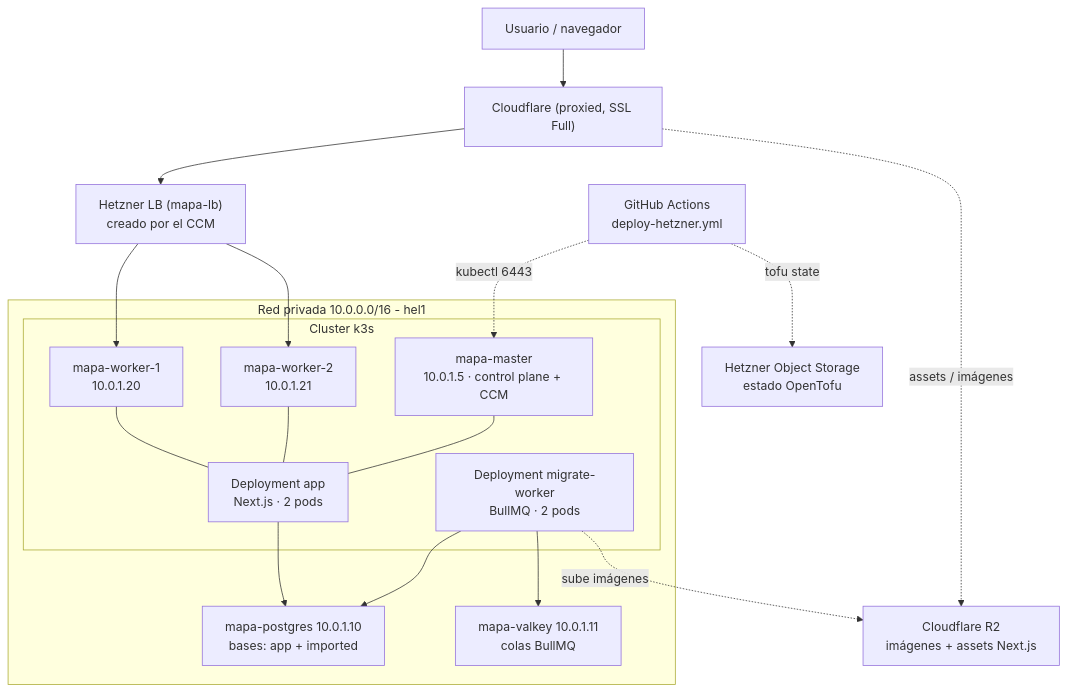
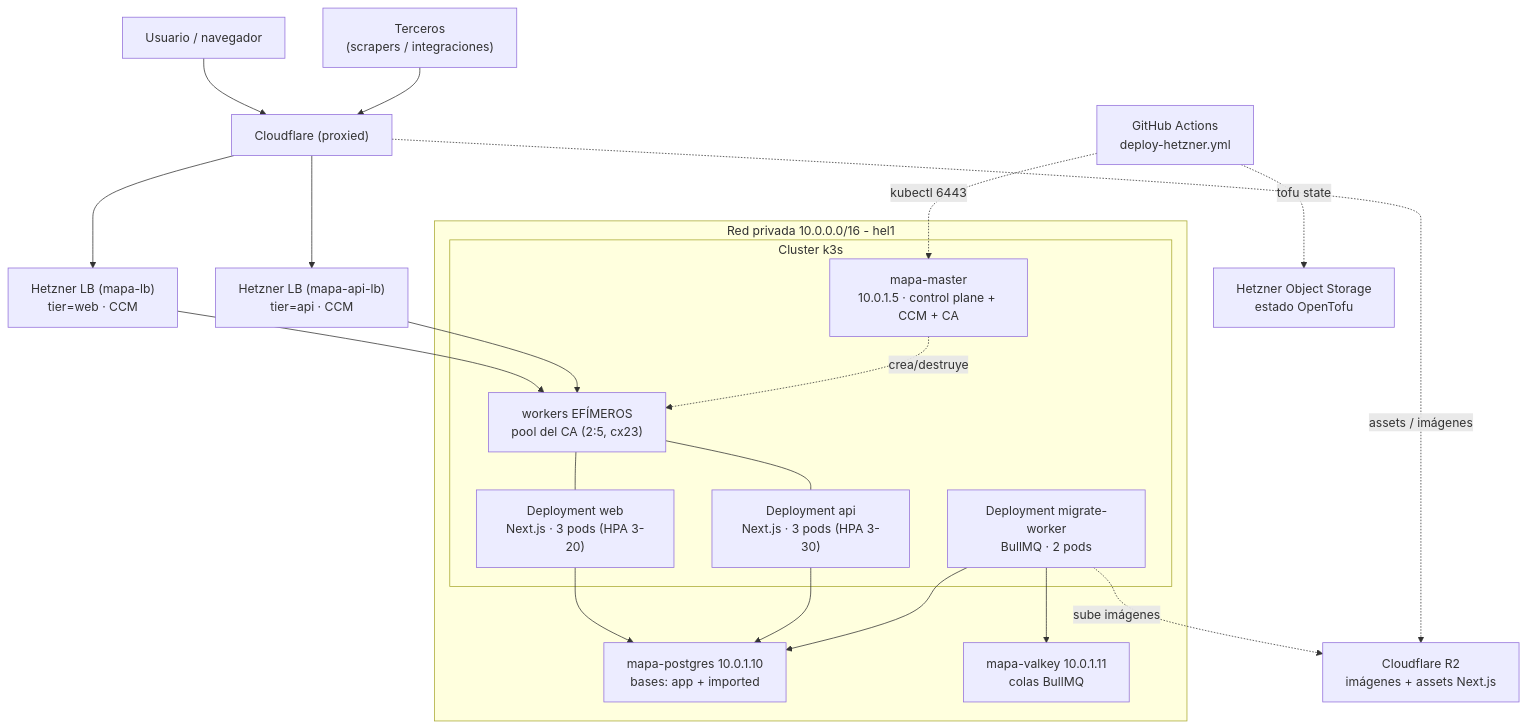
Before and after one commit to GlobalEmergency/mapa-emergencia-rescate: the diagram in docs/architecture/despliegue-kubernetes.md, drawn with Mermaid. The commit also changed other lines of this file and 20 other files, not shown here.

````diff
--- a/docs/architecture/despliegue-kubernetes.md
+++ b/docs/architecture/despliegue-kubernetes.md
@@ -110,38 +141,43 @@
 ```mermaid
 flowchart TB
     user["Usuario / navegador"]
-    cf["Cloudflare (proxied, SSL Full)"]
+    thirdparty["Terceros<br/>(scrapers / integraciones)"]
+    cf["Cloudflare (proxied)"]
     r2["Cloudflare R2<br/>imágenes + assets Next.js"]
-    lb["Hetzner LB (mapa-lb)<br/>creado por el CCM"]
+    lbweb["Hetzner LB (mapa-lb)<br/>tier=web · CCM"]
+    lbapi["Hetzner LB (mapa-api-lb)<br/>tier=api · CCM"]
 
     user --> cf
-    cf --> lb
+    thirdparty --> cf
+    cf --> lbweb
+    cf --> lbapi
     cf -.assets / imágenes.-> r2
 
     subgraph net["Red privada 10.0.0.0/16 - hel1"]
         subgraph k3s["Cluster k3s"]
-            master["mapa-master<br/>10.0.1.5 · control plane + CCM"]
-            w1["mapa-worker-1<br/>10.0.1.20"]
-            w2["mapa-worker-2<br/>10.0.1.21"]
-            app["Deployment app<br/>Next.js · 2 pods"]
+            master["mapa-master<br/>10.0.1.5 · control plane + CCM + CA"]
+            nodes["workers EFÍMEROS<br/>pool del CA (2:5, cx23)"]
+            web["Deployment web<br/>Next.js · 3 pods (HPA 3-20)"]
+            api["Deployment api<br/>Next.js · 3 pods (HPA 3-30)"]
             mw["Deployment migrate-worker<br/>BullMQ · 2 pods"]
         end
         pg["mapa-postgres 10.0.1.10<br/>bases: app + imported"]
         vk["mapa-valkey 10.0.1.11<br/>colas BullMQ"]
     end
 
-    lb --> w1
-    lb --> w2
-    w1 --- app
-    w2 --- app
-    master --- app
-    app --> pg
+    lbweb --> nodes
+    lbapi --> nodes
+    nodes --- web
+    nodes --- api
+    master -.crea/destruye.-> nodes
+    web --> pg
+    api --> pg
     mw --> pg
     mw --> vk
     mw -.sube imágenes.-> r2
 
     ci["GitHub Actions<br/>deploy-hetzner.yml"]
     tfstate["Hetzner Object Storage<br/>estado OpenTofu"]
     ci -.kubectl 6443.-> master
     ci -.tofu state.-> tfstate
 ```
````
